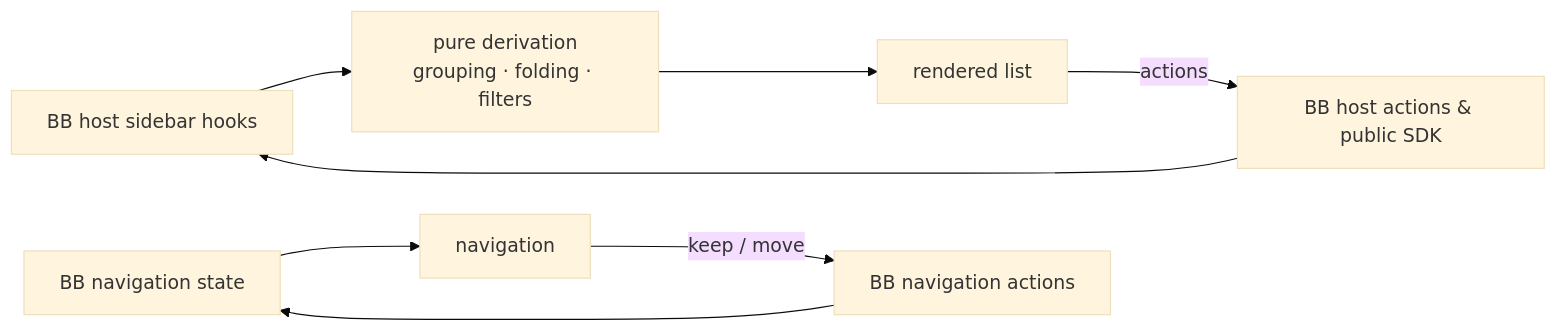
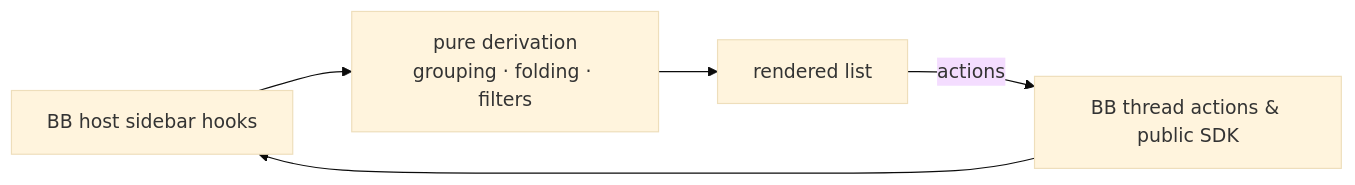
One commit to MacHatter1/bb-plugin-radar-sidebar changed the diagram in README.md. Above: the diagram before and after it, drawn with Mermaid (base theme). The commit also changed other lines of this file and 81 other files, not shown here.

````diff
--- a/README.md
+++ b/README.md
@@ -346,10 +217,7 @@
 ```mermaid
 flowchart LR
   H[BB host sidebar hooks] --> D[pure derivation<br/>grouping · folding · filters]
   D --> R[rendered list]
-  R -->|actions| A[BB host actions &amp; public SDK]
+  R -->|actions| A[BB thread actions &amp; public SDK]
   A --> H
-  N[BB navigation state] --> NAV[navigation]
-  NAV -->|keep / move| NA[BB navigation actions]
-  NA --> N
 ```
````
